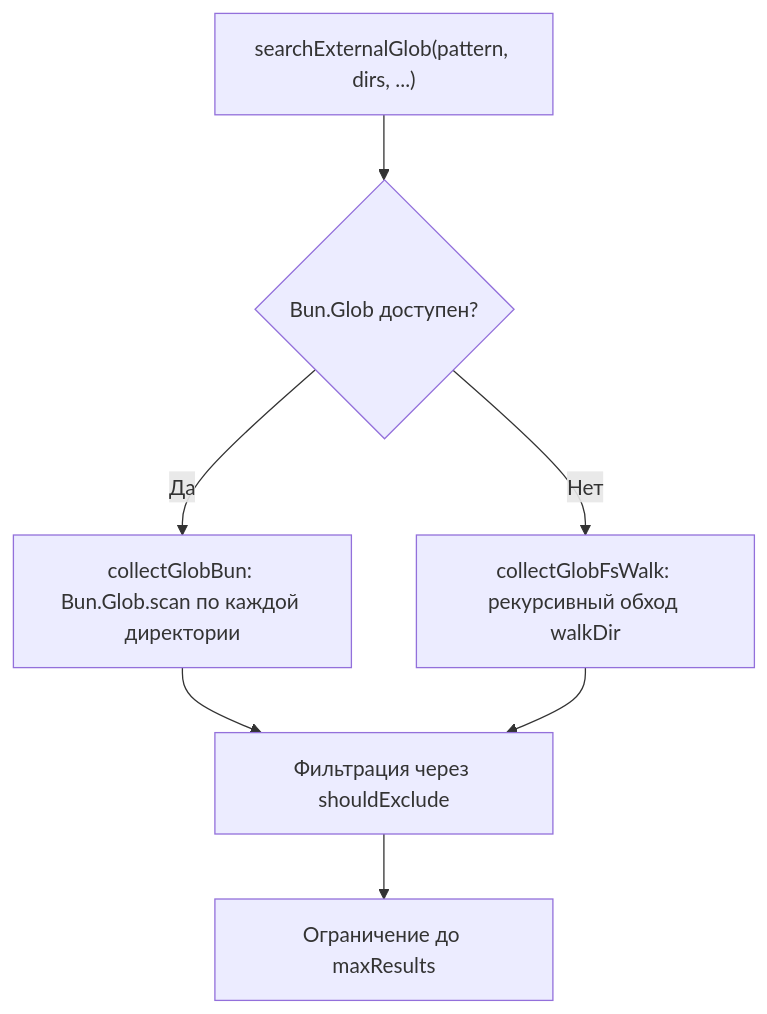
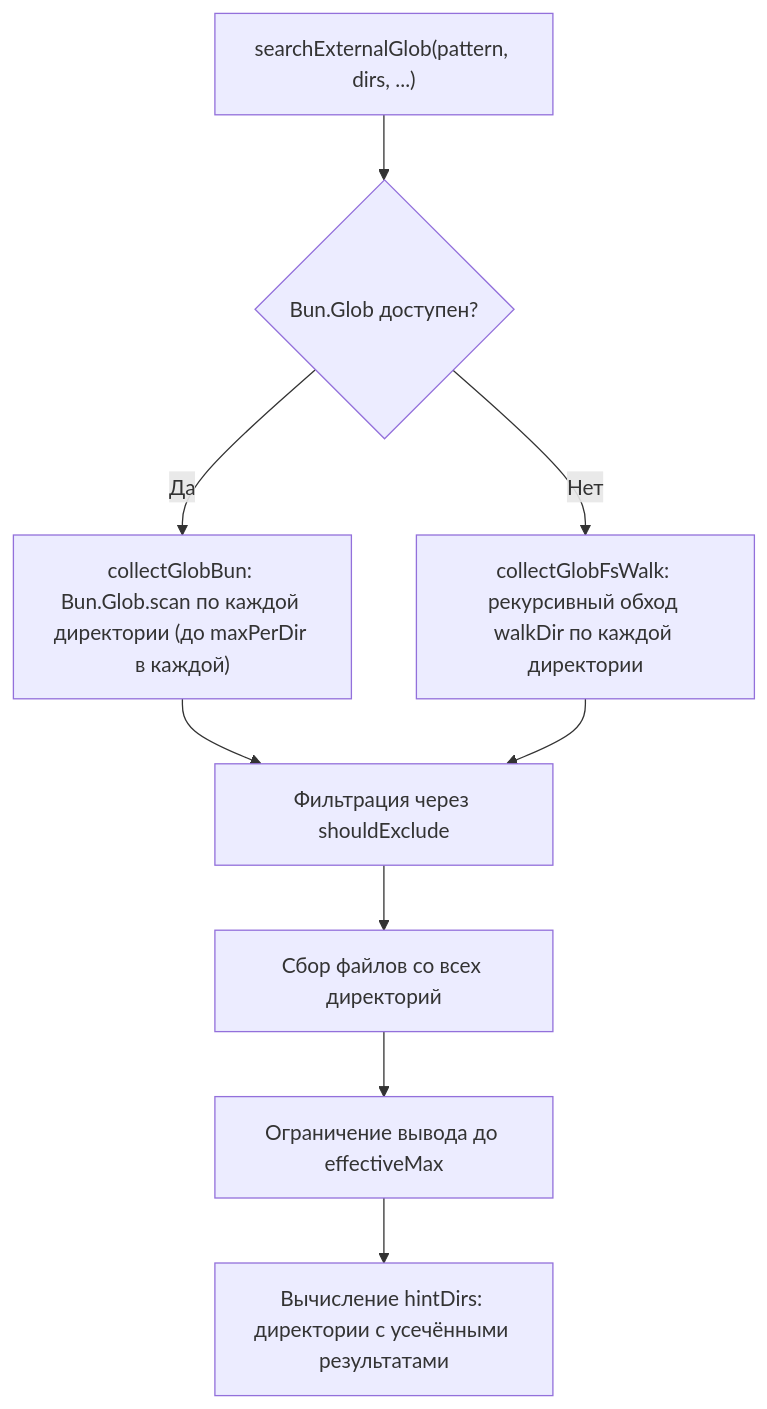
Before and after one commit to maxvst/opencode-ext-search-plugin: the second of 2 diagrams in docs/scenarios/grep-glob-processing.md, drawn with Mermaid. The commit also changed other lines of this file and 8 other files, not shown here.

Commit message:
улучшено отображение результатов внешнего поиска, убраны директории без результатов, убрано дублирование директорий для которых полностью показаны все результаты

````diff
--- a/docs/scenarios/grep-glob-processing.md
+++ b/docs/scenarios/grep-glob-processing.md
@@ -83,9 +83,11 @@
 ```mermaid
 flowchart TD
     A["searchExternalGlob(pattern, dirs, ...)"] --> B{Bun.Glob доступен?}
-    B -->|Да| C["collectGlobBun: Bun.Glob.scan по каждой директории"]
-    B -->|Нет| D["collectGlobFsWalk: рекурсивный обход walkDir"]
+    B -->|Да| C["collectGlobBun: Bun.Glob.scan по каждой директории (до maxPerDir в каждой)"]
+    B -->|Нет| D["collectGlobFsWalk: рекурсивный обход walkDir по каждой директории"]
     C --> E["Фильтрация через shouldExclude"]
     D --> E
-    E --> F["Ограничение до maxResults"]
+    E --> F["Сбор файлов со всех директорий"]
+    F --> G["Ограничение вывода до effectiveMax"]
+    G --> H["Вычисление hintDirs: директории с усечёнными результатами"]
 ```
````
